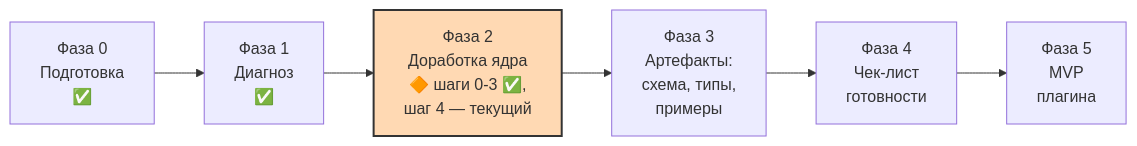
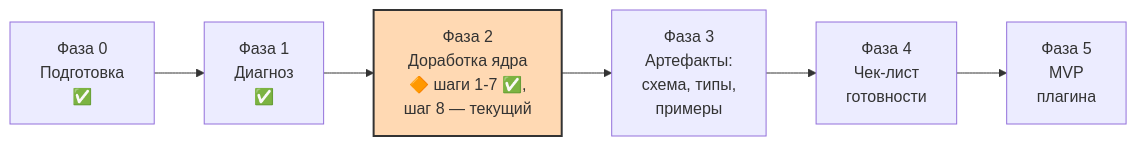
The diagram in docs/project-map/PROJECT_MAP.md (pashhha33/SB_Qwen_PKB), drawn with Mermaid before and after one commit. The commit also changed other lines of this file and 16 other files, not shown here.

````diff
--- a/docs/project-map/PROJECT_MAP.md
+++ b/docs/project-map/PROJECT_MAP.md
@@ -49,9 +53,9 @@
 ```mermaid
 flowchart LR
     F0["Фаза 0<br/>Подготовка<br/>✅"] --> F1["Фаза 1<br/>Диагноз<br/>✅"]
-    F1 --> F2["Фаза 2<br/>Доработка ядра<br/>🔶 шаги 0-3 ✅,<br/>шаг 4 — текущий"]
+    F1 --> F2["Фаза 2<br/>Доработка ядра<br/>🔶 шаги 1-7 ✅,<br/>шаг 8 — текущий"]
     F2 --> F3["Фаза 3<br/>Артефакты:<br/>схема, типы,<br/>примеры"]
     F3 --> F4["Фаза 4<br/>Чек-лист<br/>готовности"]
     F4 --> F5["Фаза 5<br/>MVP<br/>плагина"]
     style F2 fill:#ffd9b3,stroke:#333,stroke-width:2px
 ```
````
